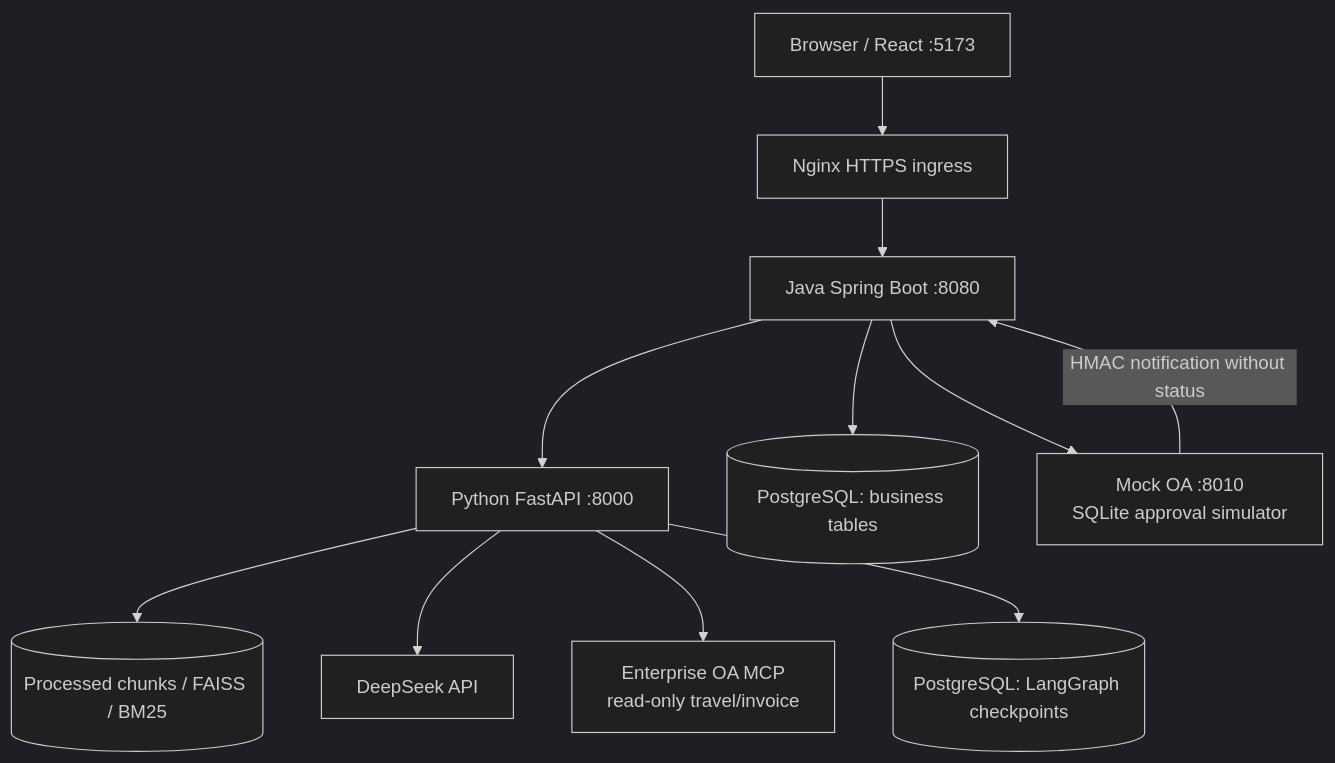
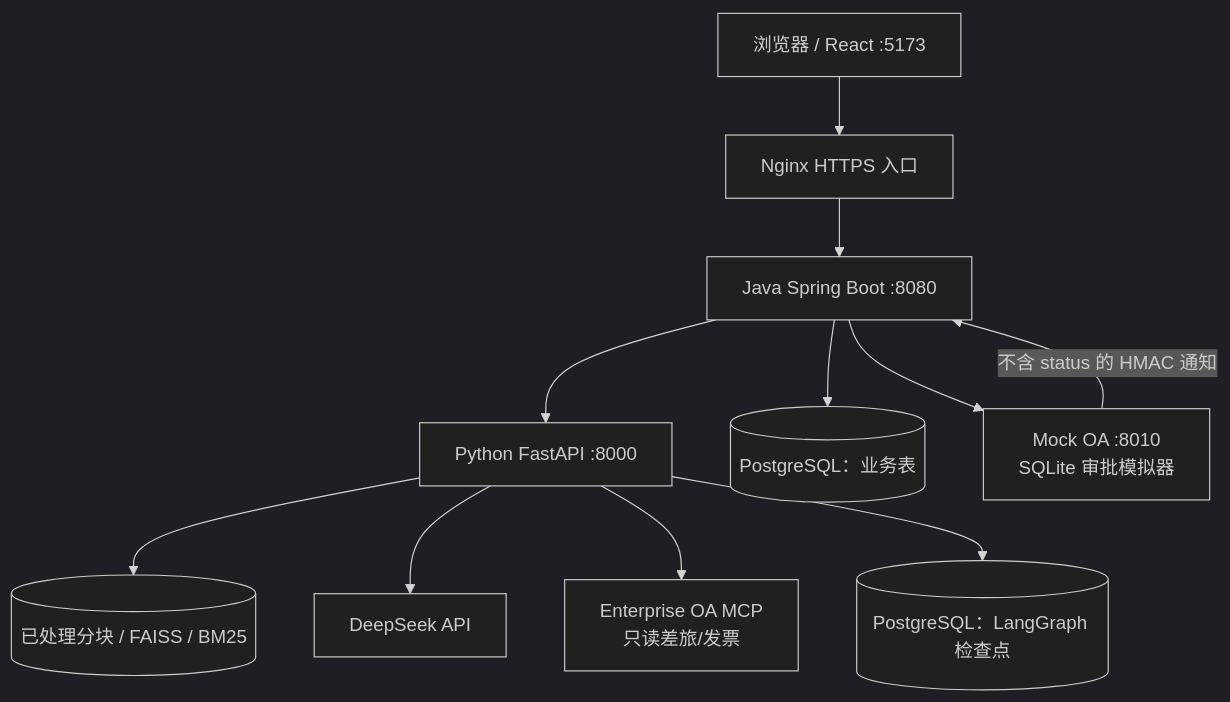
Before and after one commit to izz-BLUE/enterprise-ai-copilot: the first of 2 diagrams in docs/architecture.md, drawn with Mermaid (dark theme). The commit also changed other lines of this file and 138 other files, not shown here.

````diff
--- a/docs/architecture.md
+++ b/docs/architecture.md
@@ -7,13 +7,13 @@
 ```mermaid
 flowchart TB
-    B[Browser / React :5173] --> N[Nginx HTTPS ingress]
+    B[浏览器 / React :5173] --> N[Nginx HTTPS 入口]
     N --> J[Java Spring Boot :8080]
     J --> P[Python FastAPI :8000]
-    J --> DB[(PostgreSQL: business tables)]
-    P --> IDX[(Processed chunks / FAISS / BM25)]
+    J --> DB[(PostgreSQL：业务表)]
+    P --> IDX[(已处理分块 / FAISS / BM25)]
     P --> LLM[DeepSeek API]
-    P --> MCP[Enterprise OA MCP<br/>read-only travel/invoice]
-    J --> OA[Mock OA :8010<br/>SQLite approval simulator]
-    OA -->|HMAC notification without status| J
-    P --> CP[(PostgreSQL: LangGraph checkpoints)]
+    P --> MCP[Enterprise OA MCP<br/>只读差旅/发票]
+    J --> OA[Mock OA :8010<br/>SQLite 审批模拟器]
+    OA -->|不含 status 的 HMAC 通知| J
+    P --> CP[(PostgreSQL：LangGraph 检查点)]
 ```
````
